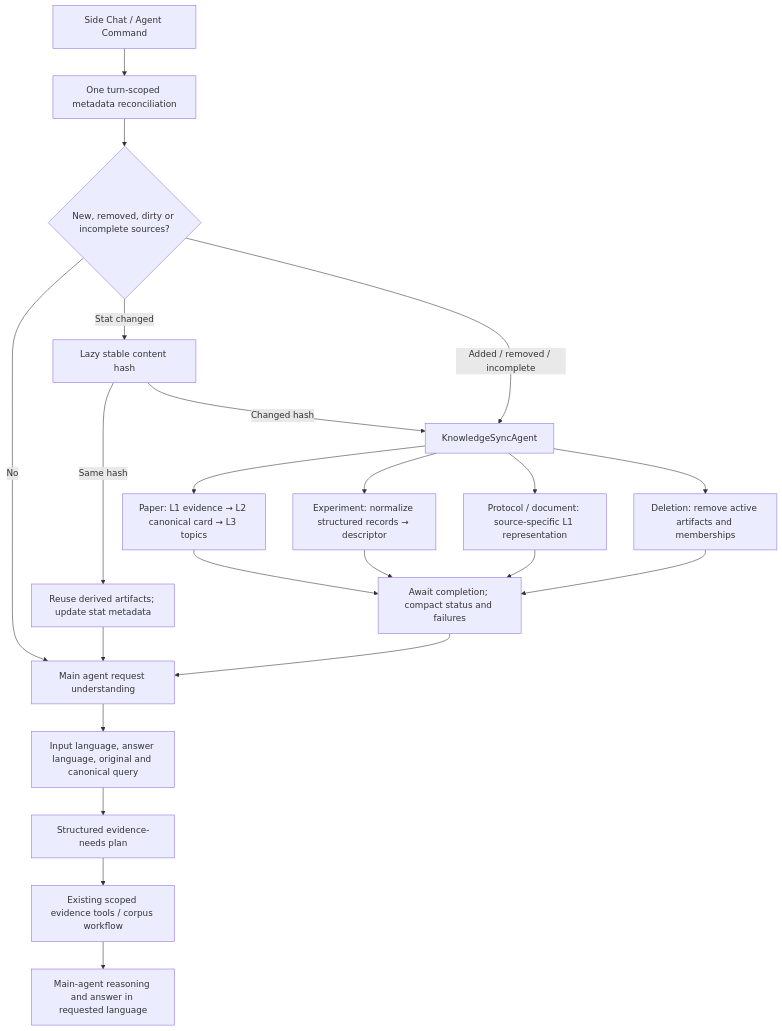
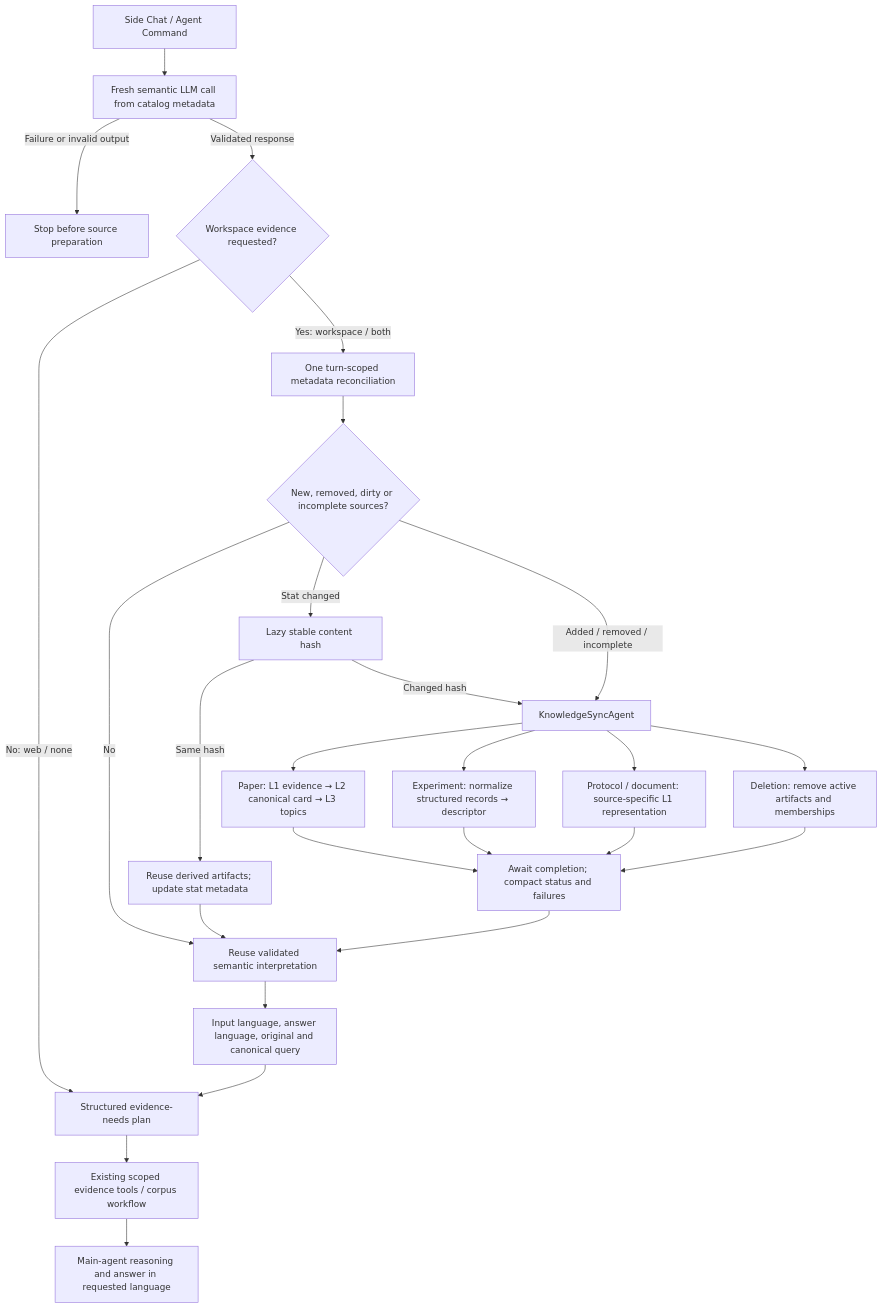
The diagram in docs/PREFLIGHT_KNOWLEDGE_SYNC_PIPELINE.md (qygx-biotech/copilot-dev), drawn with Mermaid before and after one commit. The commit also changed other lines of this file and 41 other files, not shown here.

````diff
--- a/docs/PREFLIGHT_KNOWLEDGE_SYNC_PIPELINE.md
+++ b/docs/PREFLIGHT_KNOWLEDGE_SYNC_PIPELINE.md
@@ -5,24 +9,28 @@
 ```mermaid
 flowchart TD
-    S[Side Chat / Agent Command] --> P[One turn-scoped metadata reconciliation]
+    S[Side Chat / Agent Command] --> I[Fresh semantic LLM call from catalog metadata]
+    I -->|Failure or invalid output| Z[Stop before source preparation]
+    I -->|Validated response| V{Workspace evidence requested?}
+    V -->|No: web / none| E
+    V -->|Yes: workspace / both| P[One turn-scoped metadata reconciliation]
     P --> D{New, removed, dirty or incomplete sources?}
-    D -->|No| M[Main agent request understanding]
+    D -->|No| M[Reuse validated semantic interpretation]
     D -->|Stat changed| H[Lazy stable content hash]
     H -->|Same hash| R[Reuse derived artifacts; update stat metadata]
     R --> M
     H -->|Changed hash| K[KnowledgeSyncAgent]
     D -->|Added / removed / incomplete| K
     K --> A[Paper: L1 evidence → L2 canonical card → L3 topics]
     K --> B[Experiment: normalize structured records → descriptor]
     K --> C[Protocol / document: source-specific L1 representation]
     K --> X[Deletion: remove active artifacts and memberships]
     A --> W[Await completion; compact status and failures]
     B --> W
     C --> W
     X --> W
     W --> M
     M --> L[Input language, answer language, original and canonical query]
     L --> E[Structured evidence-needs plan]
     E --> T[Existing scoped evidence tools / corpus workflow]
     T --> F[Main-agent reasoning and answer in requested language]
 ```
````
